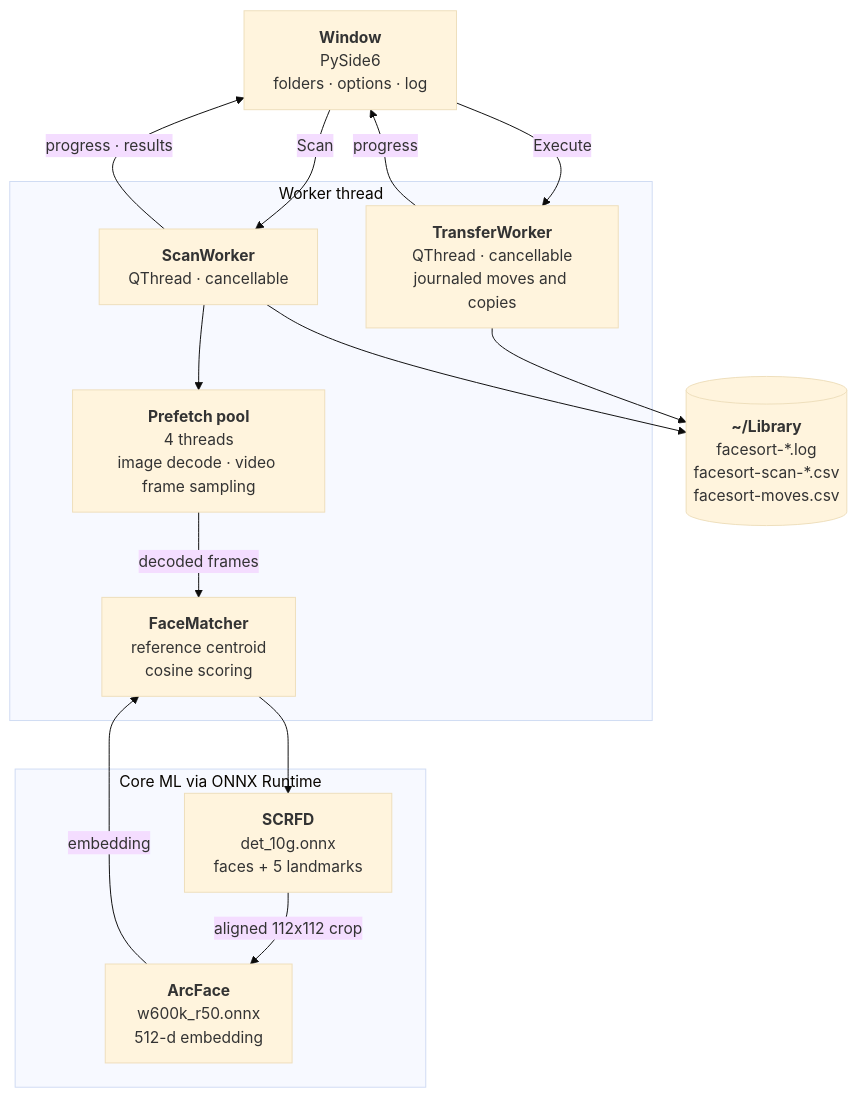
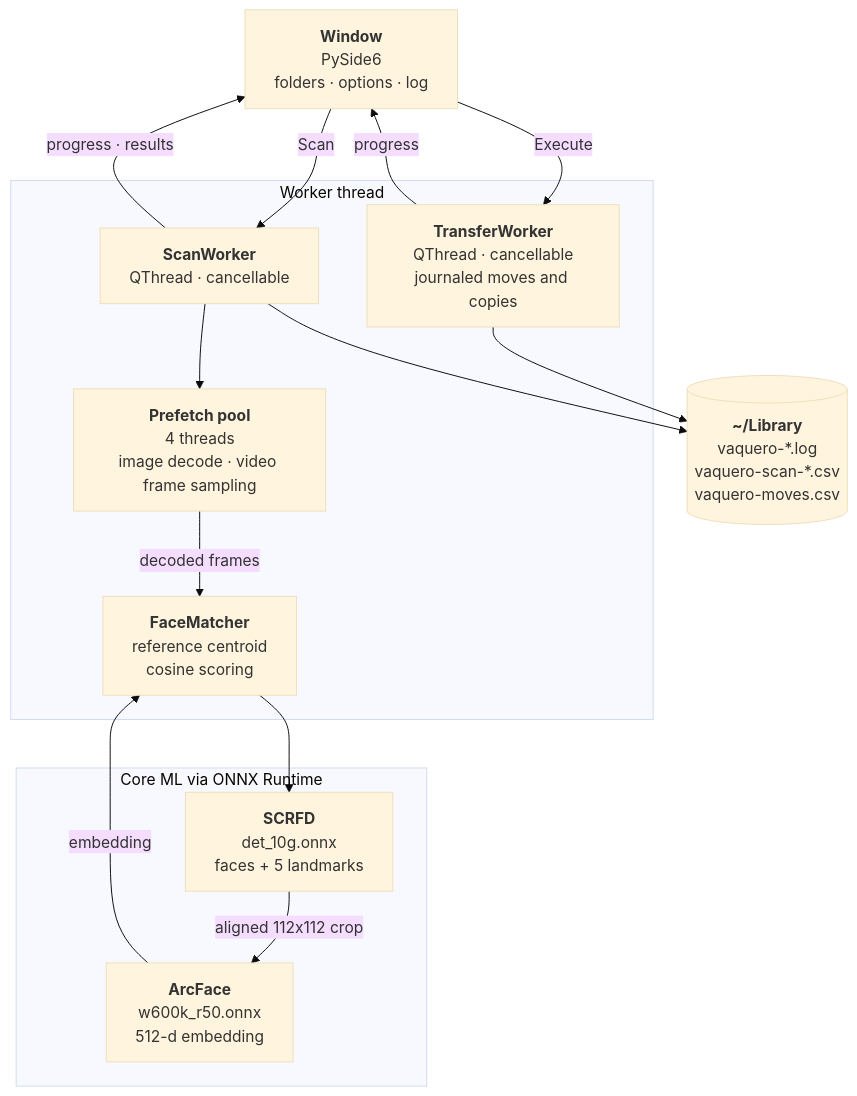
One commit to BitWise-0x/Vaquero changed the first of 2 diagrams in README.md. Above: the diagram before and after it, drawn with Mermaid (base theme). The commit also changed other lines of this file and 21 other files, not shown here.

````diff
--- a/README.md
+++ b/README.md
@@ -117,30 +117,30 @@
 ```mermaid
 graph TD
     ui["<b>Window</b><br>PySide6<br>folders · options · log"]
 
     subgraph Worker thread
         worker["<b>ScanWorker</b><br>QThread · cancellable"]
         mover["<b>TransferWorker</b><br>QThread · cancellable<br>journaled moves and copies"]
         prefetch["<b>Prefetch pool</b><br>4 threads<br>image decode · video frame sampling"]
         matcher["<b>FaceMatcher</b><br>reference centroid<br>cosine scoring"]
     end
 
     subgraph Core ML via ONNX Runtime
         det["<b>SCRFD</b><br>det_10g.onnx<br>faces + 5 landmarks"]
         rec["<b>ArcFace</b><br>w600k_r50.onnx<br>512-d embedding"]
     end
 
-    disk[("<b>~/Library</b><br>facesort-*.log<br>facesort-scan-*.csv<br>facesort-moves.csv")]
+    disk[("<b>~/Library</b><br>vaquero-*.log<br>vaquero-scan-*.csv<br>vaquero-moves.csv")]
 
     ui -->|"Scan"| worker
     worker --> prefetch
     prefetch -->|"decoded frames"| matcher
     matcher --> det
     det -->|"aligned 112x112 crop"| rec
     rec -->|"embedding"| matcher
     worker -->|"progress · results"| ui
     ui -->|"Execute"| mover
     mover -->|"progress"| ui
     mover --> disk
     worker --> disk
 ```
````
